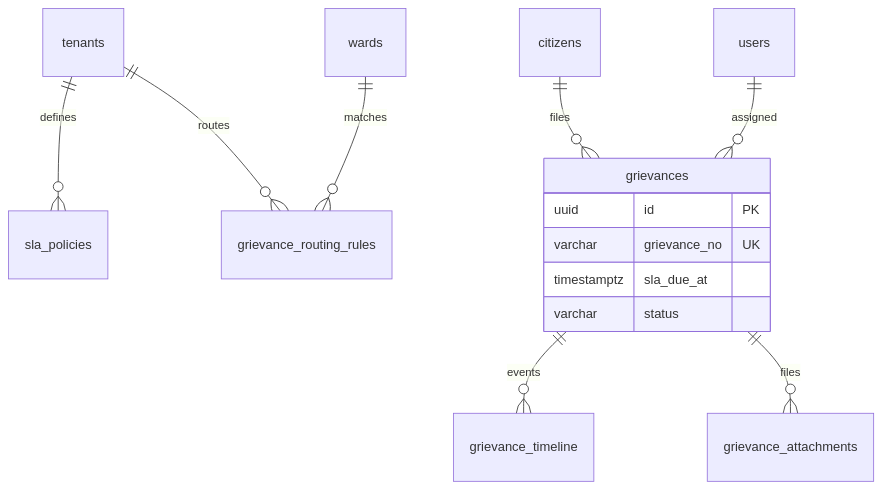
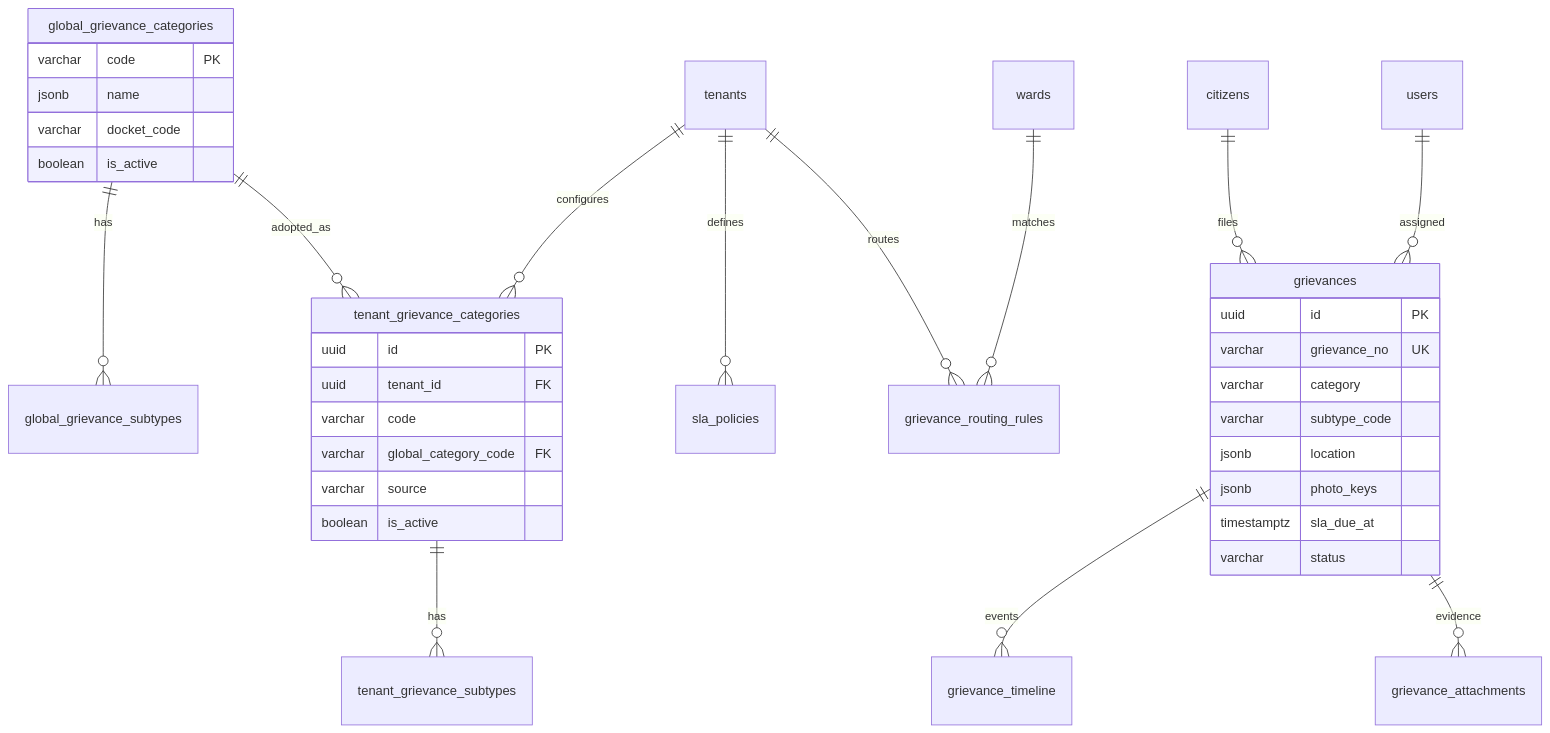
One commit to GhochangFu/enagar changed the seventh of 9 diagrams in docs/reference/enagar-database-system-admin.md. Above: the diagram before and after it, drawn with Mermaid. The commit also changed other lines of this file and 96 other files, not shown here.

````diff
--- a/docs/reference/enagar-database-system-admin.md
+++ b/docs/reference/enagar-database-system-admin.md
@@ -248,17 +270,39 @@
 ```mermaid
 erDiagram
+  global_grievance_categories ||--o{ global_grievance_subtypes : has
+  global_grievance_categories ||--o{ tenant_grievance_categories : adopted_as
+  tenants ||--o{ tenant_grievance_categories : configures
+  tenant_grievance_categories ||--o{ tenant_grievance_subtypes : has
   tenants ||--o{ sla_policies : defines
   tenants ||--o{ grievance_routing_rules : routes
   citizens ||--o{ grievances : files
   users ||--o{ grievances : assigned
   wards ||--o{ grievance_routing_rules : matches
   grievances ||--o{ grievance_timeline : events
-  grievances ||--o{ grievance_attachments : files
+  grievances ||--o{ grievance_attachments : evidence
 
+  global_grievance_categories {
+    varchar code PK
+    jsonb name
+    varchar docket_code
+    boolean is_active
+  }
+  tenant_grievance_categories {
+    uuid id PK
+    uuid tenant_id FK
+    varchar code
+    varchar global_category_code FK
+    varchar source
+    boolean is_active
+  }
   grievances {
     uuid id PK
     varchar grievance_no UK
+    varchar category
+    varchar subtype_code
+    jsonb location
+    jsonb photo_keys
     timestamptz sla_due_at
     varchar status
   }
 ```
````
